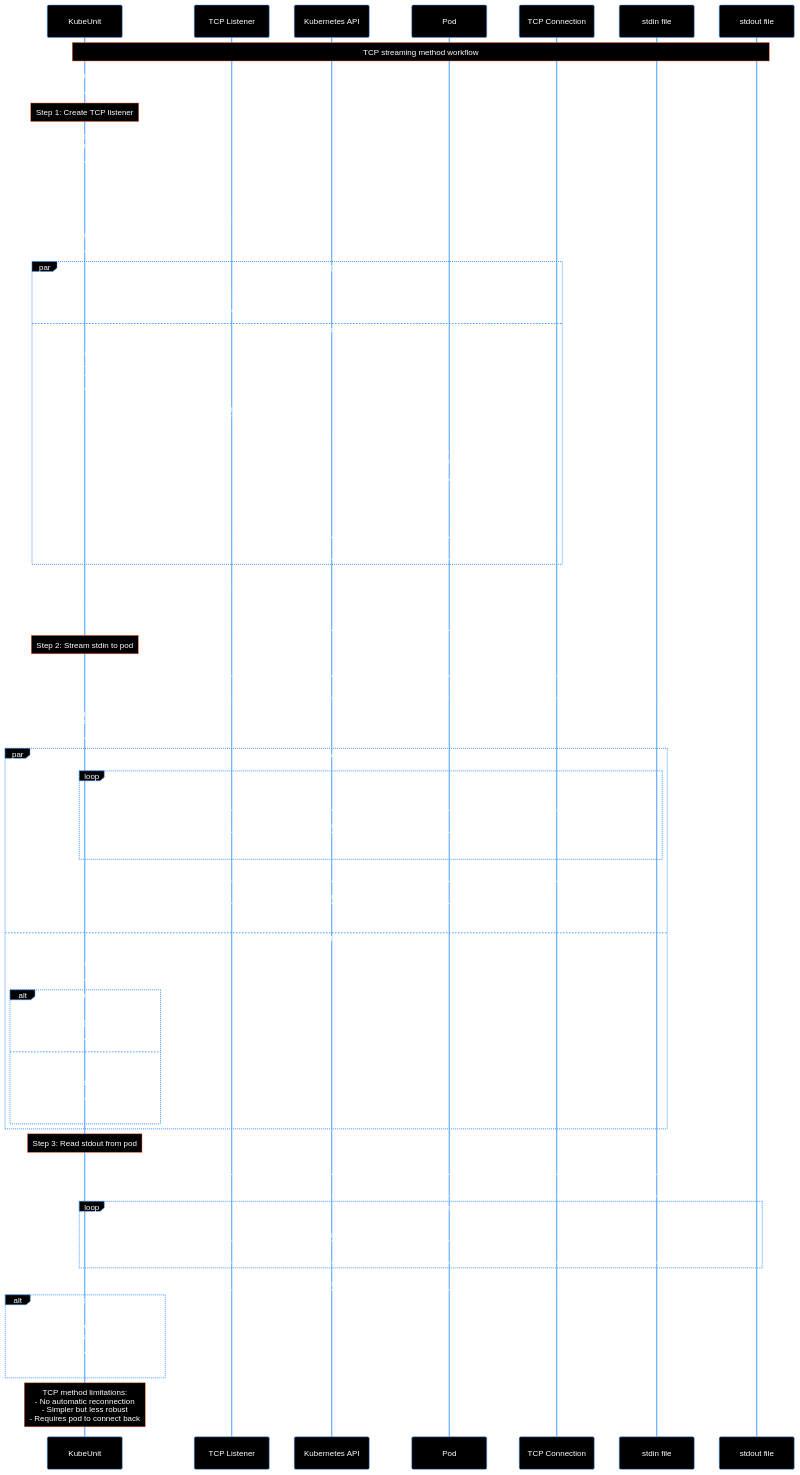
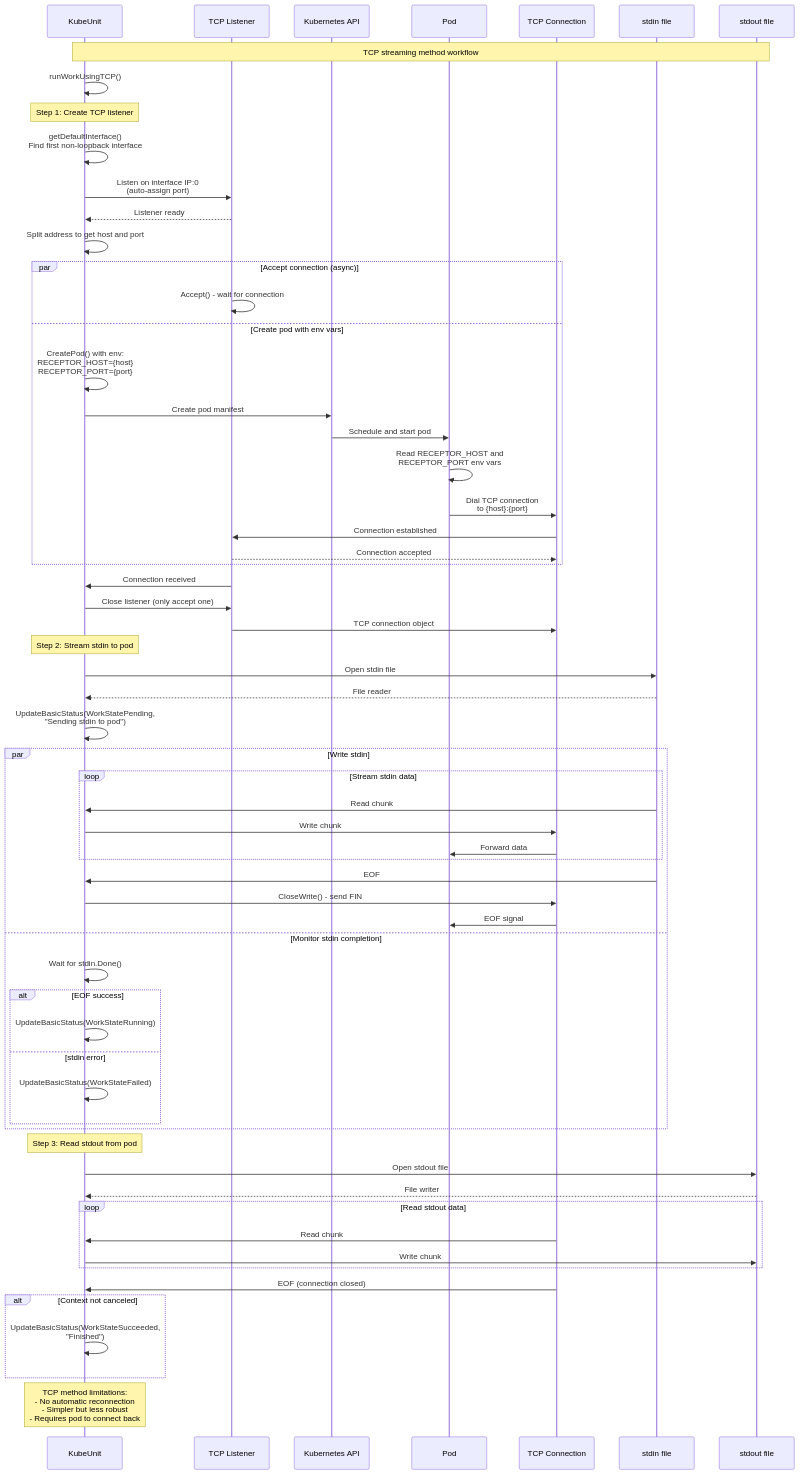
Before and after one commit to ansible/receptor: the sixth of 7 diagrams in docs/diagrams/kubernetes_workflow.md, drawn with Mermaid. The commit also changed other lines of this file, not shown here.

Commit message:
Remove styling so the diagram is legible in both dark mode and light mode

````diff
--- a/docs/diagrams/kubernetes_workflow.md
+++ b/docs/diagrams/kubernetes_workflow.md
@@ -606,5 +581,4 @@
 ```mermaid
-%%{init: {'theme':'base', 'themeVariables': { 'actorBkg':'#000000', 'actorBorder':'#4a9eff', 'actorTextColor':'#ffffff', 'actorLineColor':'#4a9eff', 'signalColor':'#ffffff', 'signalTextColor':'#ffffff', 'labelBoxBkgColor':'#000000', 'labelBoxBorderColor':'#4a9eff', 'labelTextColor':'#ffffff', 'loopTextColor':'#ffffff', 'noteBkgColor':'#000000', 'noteTextColor':'#ffffff', 'noteBorderColor':'#ff6b35', 'activationBkgColor':'#1a1a1a', 'activationBorderColor':'#4a9eff', 'sequenceNumberColor':'#000000'}}}%%
 sequenceDiagram
     participant KubeUnit
     participant TCPListener as TCP Listener
````
